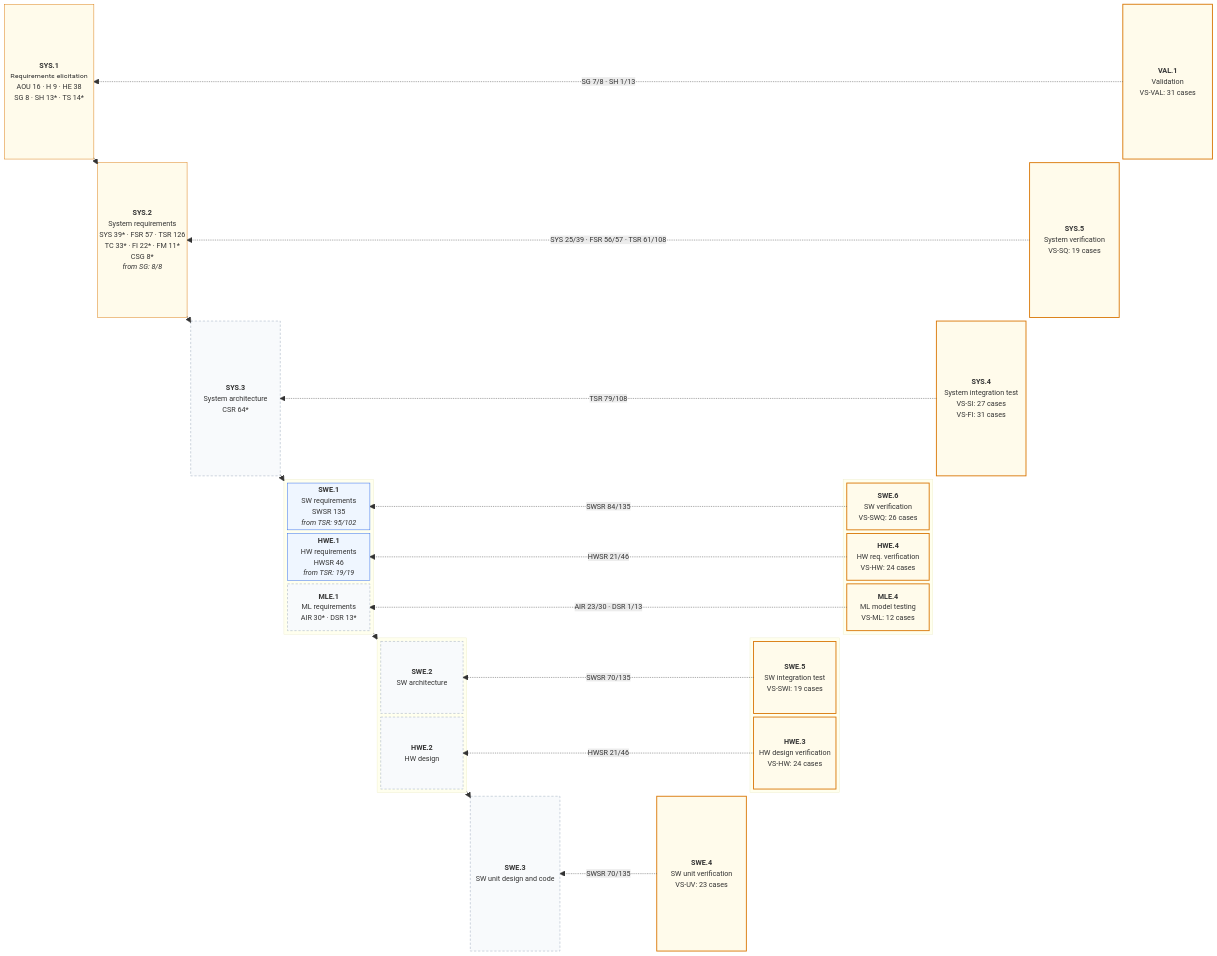
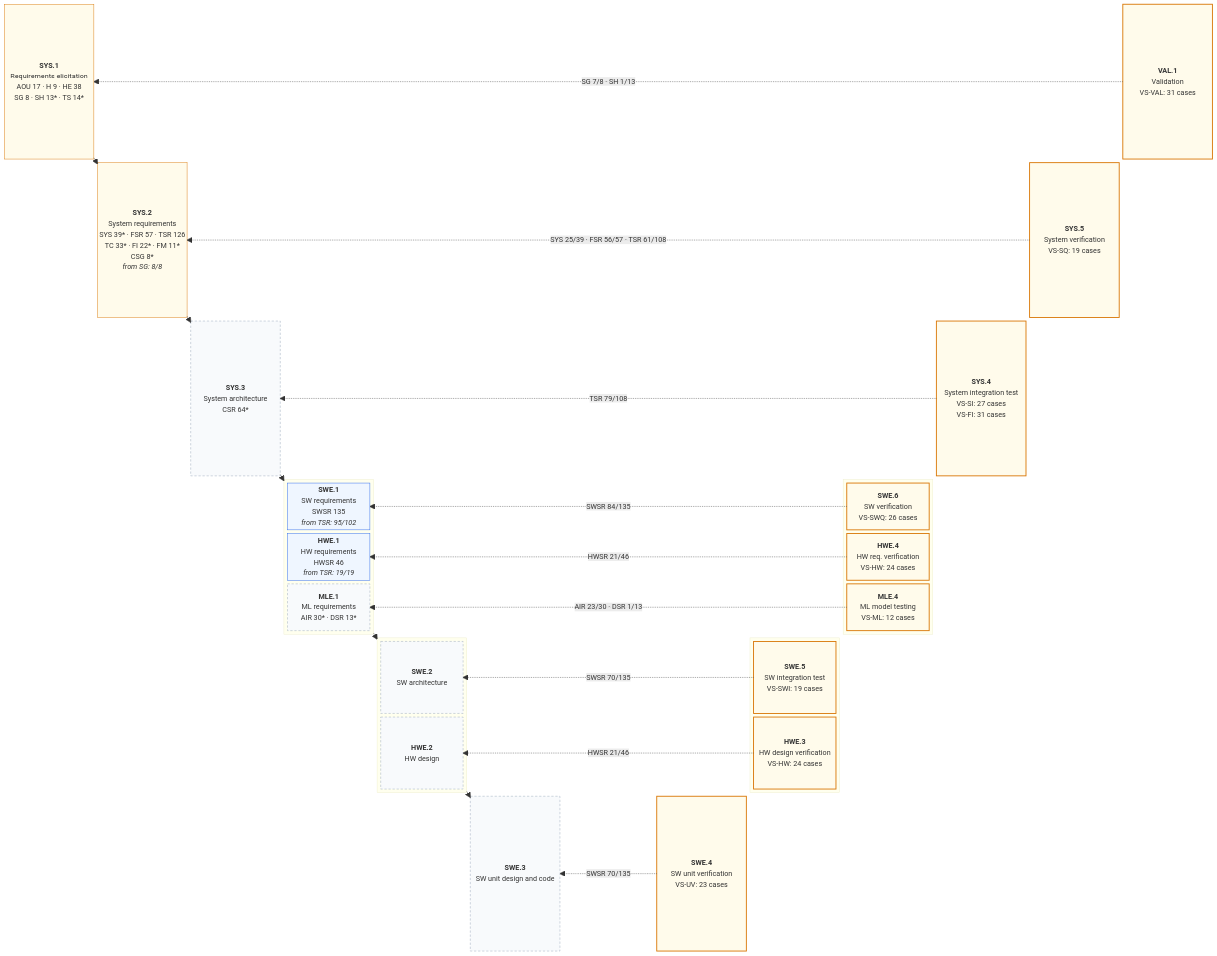
Before and after one commit to jherrodthomas/LionDriver: the first of 2 diagrams in assurance/trace/maps/aspice-trace-map.md, drawn with Mermaid. The commit also changed other lines of this file and 13 other files, not shown here.

First line of the commit message:
WP-C-01: add AOU-17 (EPS and PCM report every drop, DQ-360 A); WP-C-02 cites SYS-041

````diff
--- a/assurance/trace/maps/aspice-trace-map.md
+++ b/assurance/trace/maps/aspice-trace-map.md
@@ -22,7 +22,7 @@
 ```mermaid
 block-beta
   columns 13
-  SYS1["<b>SYS.1</b><br/>Requirements elicitation<br/>AOU 16 · H 9 · HE 38<br/>SG 8 · SH 13* · TS 14*"]
+  SYS1["<b>SYS.1</b><br/>Requirements elicitation<br/>AOU 17 · H 9 · HE 38<br/>SG 8 · SH 13* · TS 14*"]
   space
   space
   space
````
